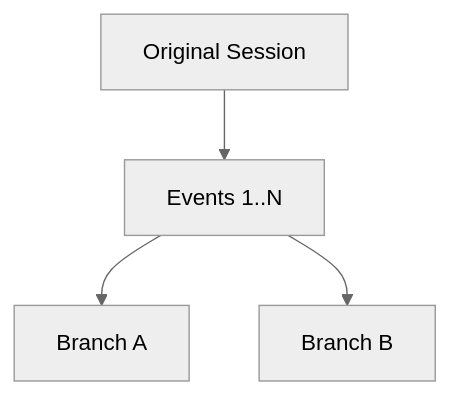
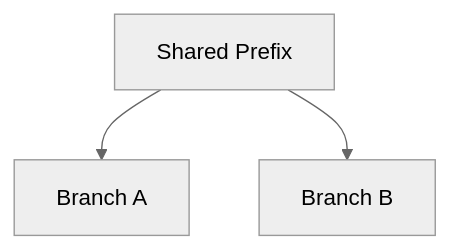
The fourth of 5 diagrams in docs/deepseek/session-and-events.md (indigofeather/harness-book), drawn with Mermaid (neutral theme) before and after one commit. The commit also changed other lines of this file and 48 other files, not shown here.

````diff
--- a/docs/deepseek/session-and-events.md
+++ b/docs/deepseek/session-and-events.md
@@ -218,7 +140,6 @@
 ```mermaid
 flowchart TB
-  A[Original Session]
-  A --> E1[Events 1..N]
-  E1 --> B1[Branch A]
-  E1 --> B2[Branch B]
+  A[Shared Prefix]
+  A --> B1[Branch A]
+  A --> B2[Branch B]
 ```
````
